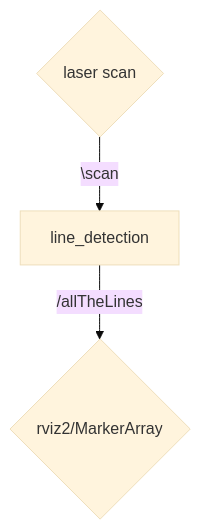
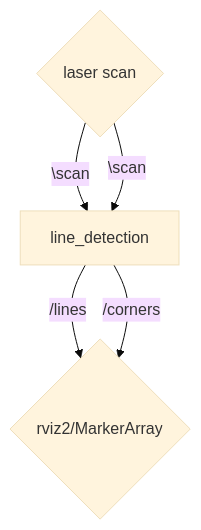
The diagram in README.md (elbazam/line_detection), drawn with Mermaid (base theme) before and after one commit.

Commit message:
Quick changes

````diff
--- a/README.md
+++ b/README.md
@@ -50,4 +50,5 @@
 ```mermaid
 graph TD
-A{laser scan} -- \scan --> B[line_detection] -- "/allTheLines" --> C{rviz2/MarkerArray}
+A{laser scan} -- \scan --> B[line_detection] -- "/lines" --> C{rviz2/MarkerArray}
+A{laser scan} -- \scan --> B[line_detection] -- "/corners" --> C{rviz2/MarkerArray}
 ```
````
